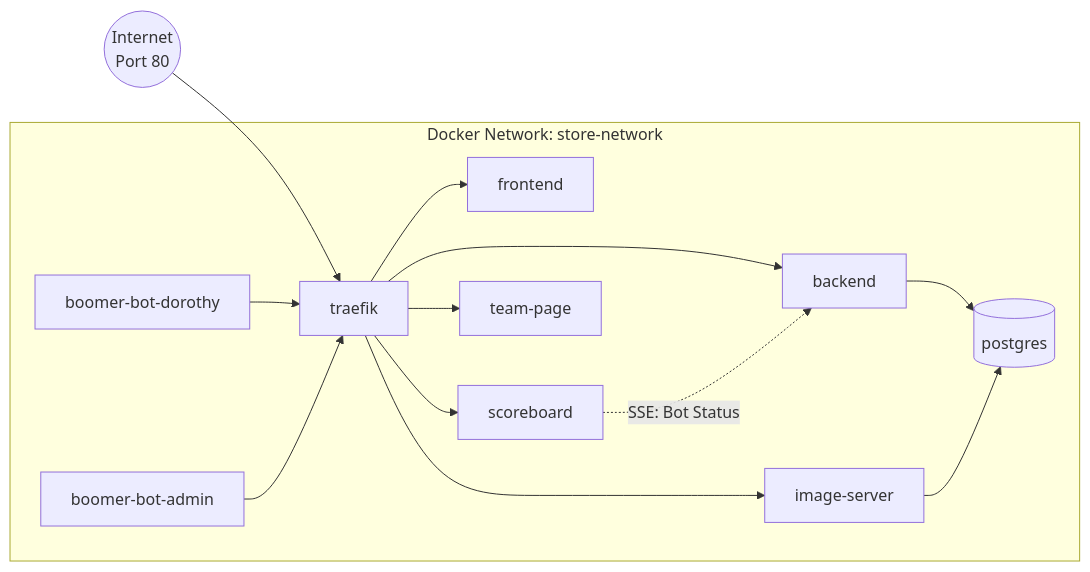
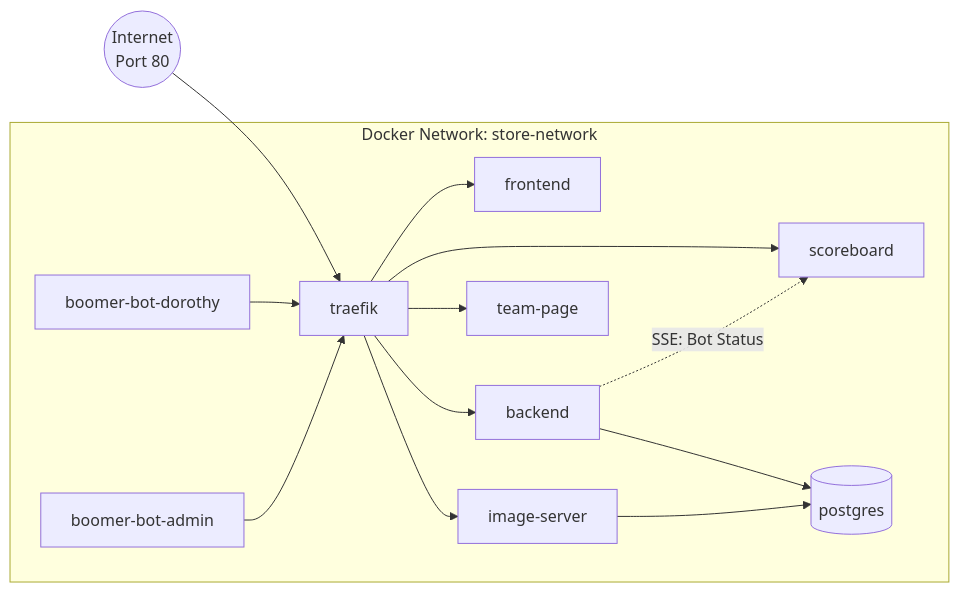
One commit to QuickGlitch/HackathonChallenge changed the second of 2 diagrams in ARCHITECTURE.md. Above: the diagram before and after it, drawn with Mermaid. The commit also changed other lines of this file, not shown here.

Commit message:
diagram updates

````diff
--- a/ARCHITECTURE.md
+++ b/ARCHITECTURE.md
@@ -148,26 +148,26 @@
 ```mermaid
 graph LR
     subgraph "Docker Network: store-network"
         T[traefik]
         F[frontend]
         B[backend]
         S[scoreboard]
         TP[team-page]
         I[image-server]
         P[(postgres)]
         D[boomer-bot-dorothy]
         A[boomer-bot-admin]
     end
     
     Internet((Internet<br/>Port 80)) --> T
     T --> F
     T --> B
     T --> S
     T --> TP
     T --> I
     B --> P
     I --> P
     D --> T
     A --> T
-    S -.->|SSE: Bot Status| B
+    B -.->|SSE: Bot Status| S
 ```
````
